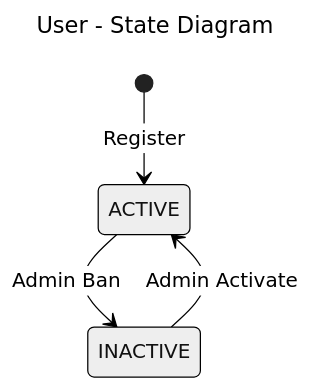
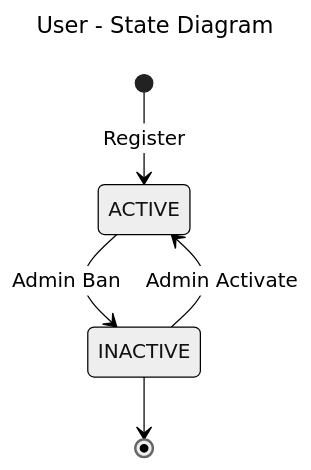
Before and after one commit to viethoang1520/artchain-server: the diagram in documents/user/state-user.mmd, drawn with Mermaid (neutral theme). The commit also changed 2 other files, not shown here.

```diff
--- a/documents/user/state-user.mmd
+++ b/documents/user/state-user.mmd
@@ -1,7 +1,8 @@
 ---
 title: User - State Diagram
 ---
 stateDiagram-v2
     [*] --> ACTIVE : Register
     ACTIVE --> INACTIVE : Admin Ban
     INACTIVE --> ACTIVE : Admin Activate
+    INACTIVE --> [*]
```
